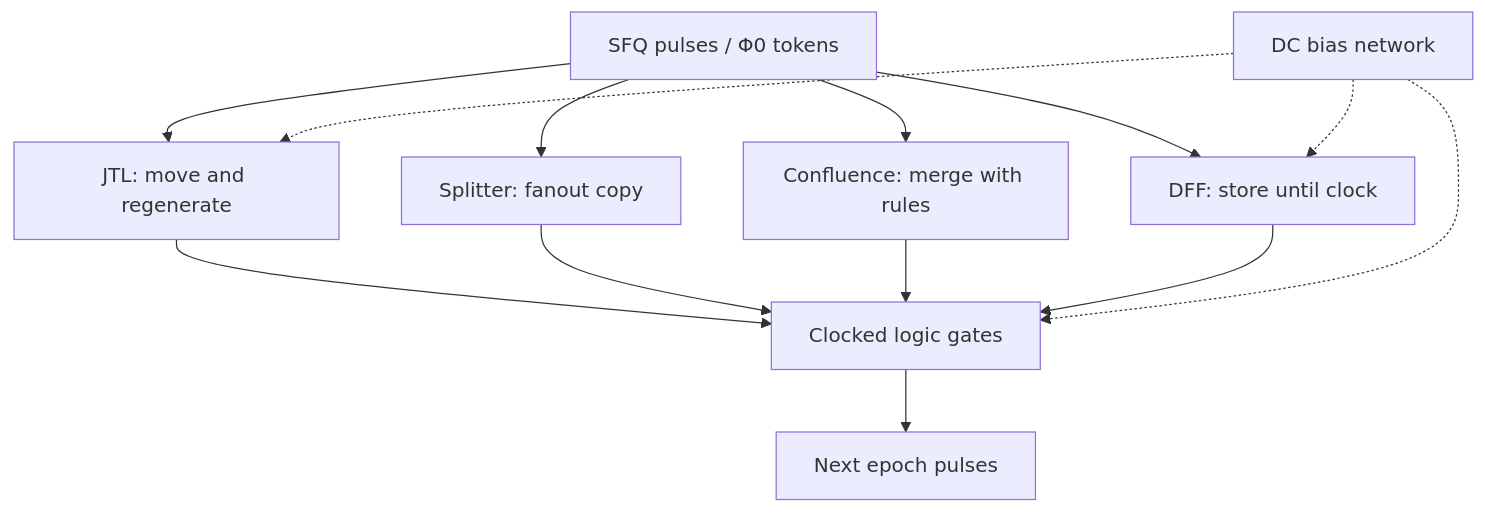
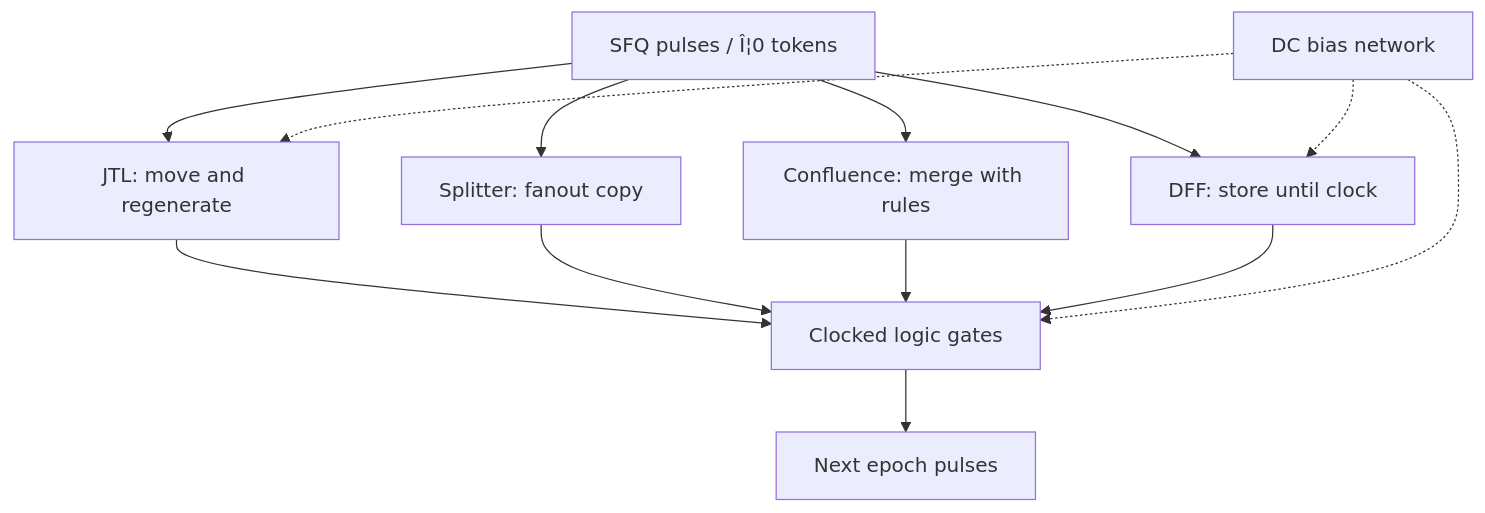
One commit to Single-Flux-Quantum/sfq-learn-public changed the first of 2 diagrams in docs/concepts/rsfq-logic.md. Above: the diagram before and after it, drawn with Mermaid. The commit also changed other lines of this file and 41 other files, not shown here.

````diff
--- a/docs/concepts/rsfq-logic.md
+++ b/docs/concepts/rsfq-logic.md
@@ -53,15 +53,15 @@
 ```mermaid
 flowchart TD
-  Pulse[SFQ pulses / Φ0 tokens] --> JTL[JTL: move and regenerate]
+  Pulse[SFQ pulses / Î¦0 tokens] --> JTL[JTL: move and regenerate]
   Pulse --> Split[Splitter: fanout copy]
   Pulse --> Conf[Confluence: merge with rules]
   Pulse --> DFF[DFF: store until clock]
   JTL --> Gates[Clocked logic gates]
   Split --> Gates
   Conf --> Gates
   DFF --> Gates
   Gates --> Out[Next epoch pulses]
   Bias[DC bias network] -.-> Gates
   Bias -.-> JTL
   Bias -.-> DFF
 ```
````
